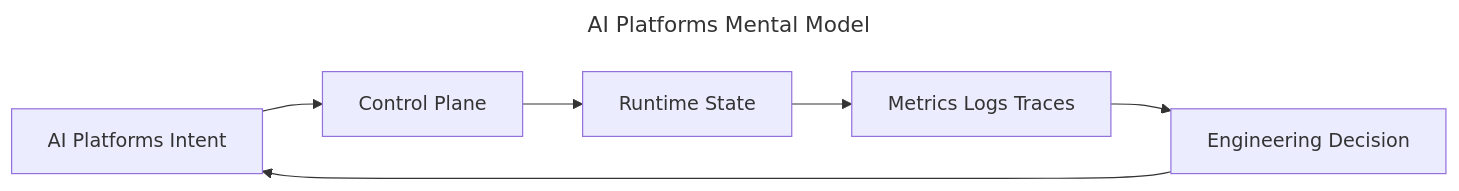
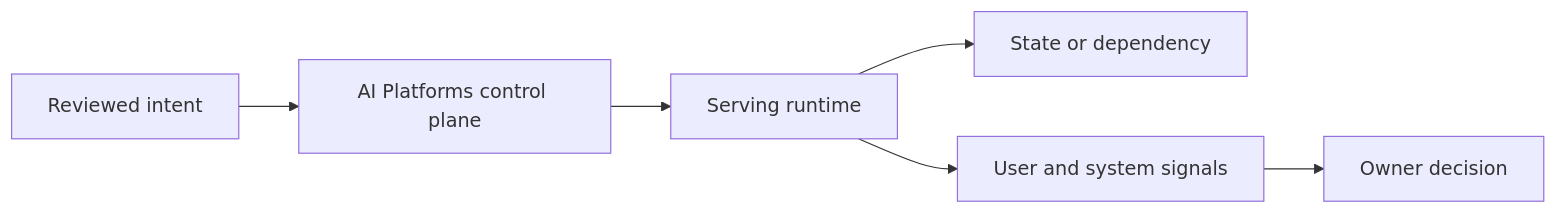
One commit to m1mohamad/devops-sre-prep changed the first of 2 diagrams in docs/chapters/ai-platforms.md. Above: the diagram before and after it, drawn with Mermaid. The commit also changed other lines of this file and 100 other files, not shown here.

````diff
--- a/docs/chapters/ai-platforms.md
+++ b/docs/chapters/ai-platforms.md
@@ -10,11 +15,8 @@
 ```mermaid
----
-title: AI Platforms Mental Model
----
 flowchart LR
-  Intent[AI Platforms Intent] --> Control[Control Plane]
-  Control --> Runtime[Runtime State]
-  Runtime --> Signals[Metrics Logs Traces]
-  Signals --> Decision[Engineering Decision]
-  Decision --> Intent
+  Intent[Reviewed intent] --> Control[AI Platforms control plane]
+  Control --> Runtime[Serving runtime]
+  Runtime --> Dependency[State or dependency]
+  Runtime --> Signals[User and system signals]
+  Signals --> Owner[Owner decision]
 ```
````
